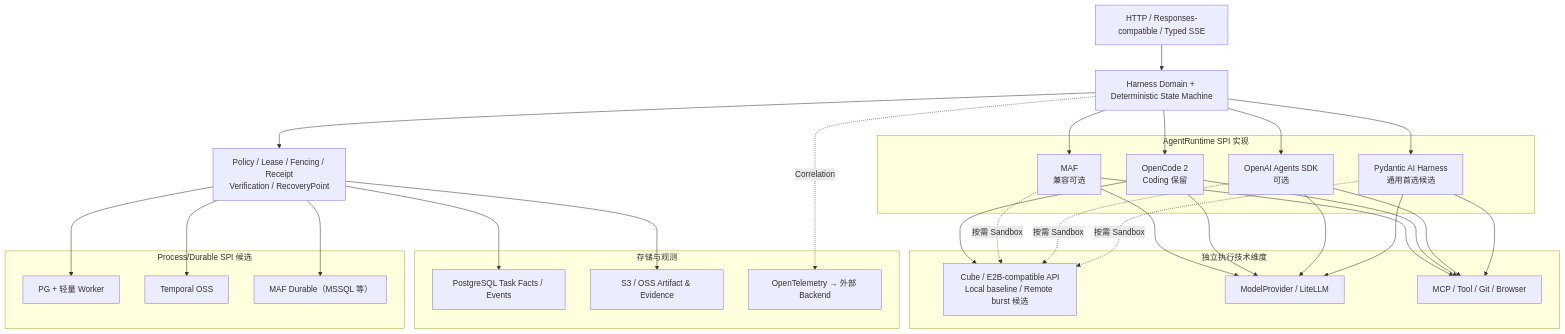
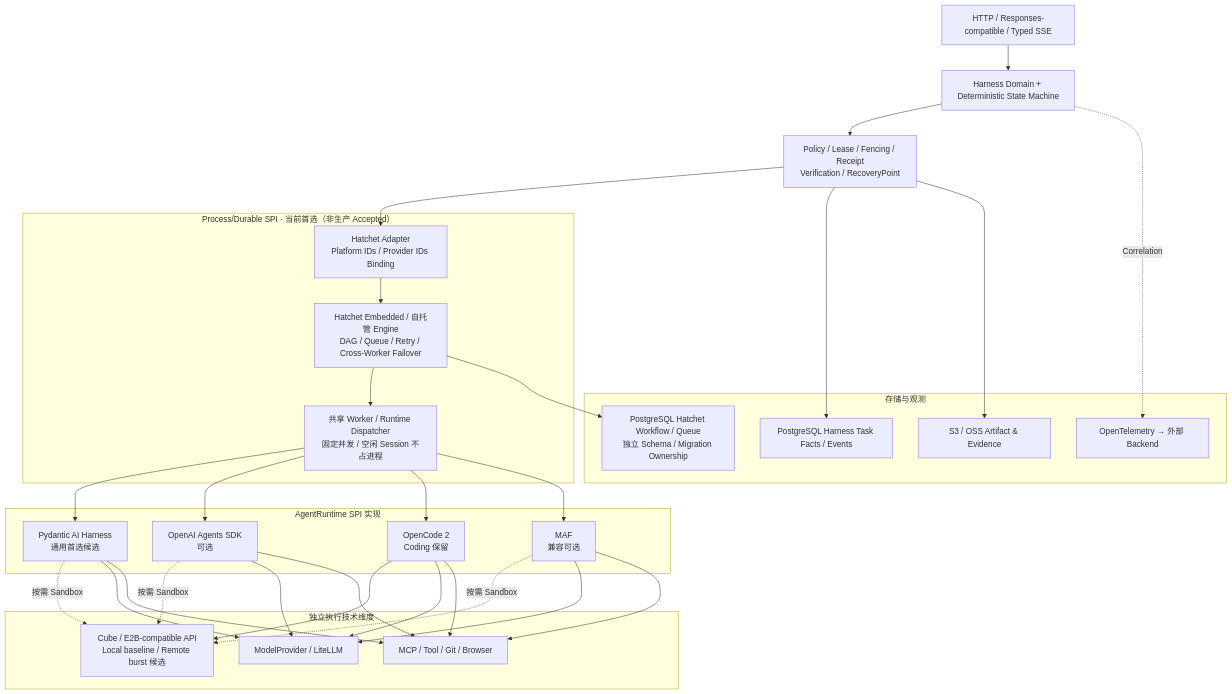
One commit to Bulls1986/Agent-Harness-Platform changed the sixth of 11 diagrams in README.md. Above: the diagram before and after it, drawn with Mermaid. The commit also changed other lines of this file and 19 other files, not shown here.

First line of the commit message:
architecture(harness): adopt Hatchet Durable SPI baseline, reject DBOS

````diff
--- a/README.md
+++ b/README.md
@@ -304,37 +310,38 @@
 ```mermaid
 flowchart TB
   HTTP["HTTP / Responses-compatible / Typed SSE"]
   K["Harness Domain + Deterministic State Machine"]
   POLICY["Policy / Lease / Fencing / Receipt\nVerification / RecoveryPoint"]
   subgraph AG["AgentRuntime SPI 实现"]
     PY["Pydantic AI Harness\n通用首选候选"]
     OAI["OpenAI Agents SDK\n可选"]
     OC["OpenCode 2\nCoding 保留"]
     MAF["MAF\n兼容可选"]
   end
-  subgraph PROC["Process/Durable SPI 候选"]
-    PGW["PG + 轻量 Worker"]
-    TEMP["Temporal OSS"]
-    MAFD["MAF Durable（MSSQL 等）"]
+  subgraph PROC["Process/Durable SPI · 当前首选（非生产 Accepted）"]
+    HA["Hatchet Adapter\nPlatform IDs / Provider IDs Binding"]
+    HE["Hatchet Embedded / 自托管 Engine\nDAG / Queue / Retry / Cross-Worker Failover"]
+    HWRK["共享 Worker / Runtime Dispatcher\n固定并发 / 空闲 Session 不占进程"]
   end
   subgraph EXEC["独立执行技术维度"]
     CUBE["Cube / E2B-compatible API\nLocal baseline / Remote burst 候选"]
     LLM["ModelProvider / LiteLLM"]
     TOOL["MCP / Tool / Git / Browser"]
   end
   subgraph PERSIST["存储与观测"]
-    PG["PostgreSQL Task Facts / Events"]
+    PG["PostgreSQL Harness Task Facts / Events"]
+    HPG["PostgreSQL Hatchet Workflow / Queue\n独立 Schema / Migration Ownership"]
     S3["S3 / OSS Artifact & Evidence"]
     OT["OpenTelemetry → 外部 Backend"]
   end
   HTTP --> K --> POLICY
-  K --> PY & OAI & OC & MAF
-  POLICY --> PGW & TEMP & MAFD
+  POLICY --> HA --> HE --> HWRK --> PY & OAI & OC & MAF
+  HE --> HPG
   PY -. "按需 Sandbox" .-> CUBE
   OAI -. "按需 Sandbox" .-> CUBE
   MAF -. "按需 Sandbox" .-> CUBE
   OC --> CUBE
   PY & OAI & OC & MAF --> LLM & TOOL
   POLICY --> PG & S3
   K -. "Correlation" .-> OT
 ```
````
